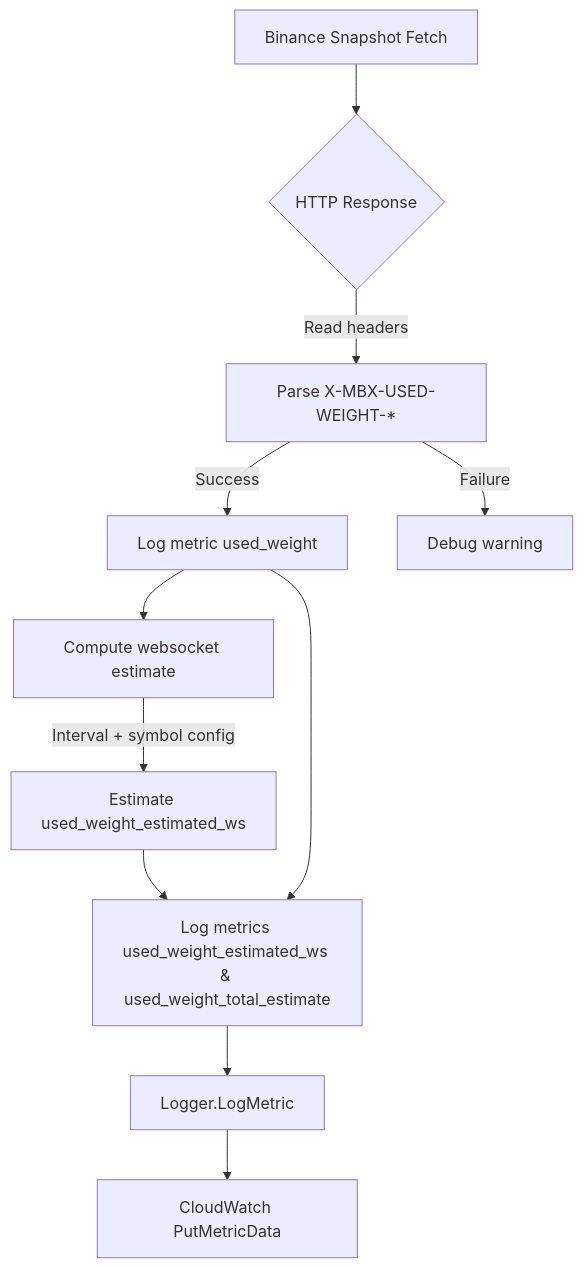
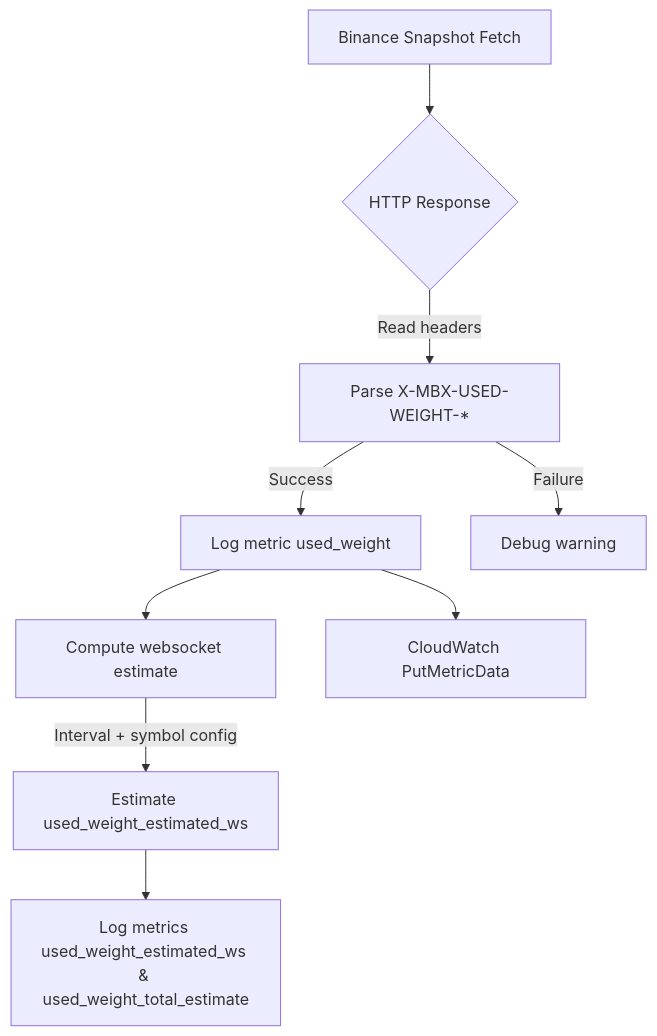
One commit to rahjooh/CryptoTrade changed the diagram in docs/metric/binance/used_weight.md. Above: the diagram before and after it, drawn with Mermaid. The commit also changed 8 other files, not shown here.

````diff
--- a/docs/metric/binance/used_weight.md
+++ b/docs/metric/binance/used_weight.md
@@ -36,13 +36,11 @@
 ```mermaid
 flowchart TD
     A[Binance Snapshot Fetch] --> B{HTTP Response}
     B -->|Read headers| C[Parse X-MBX-USED-WEIGHT-*]
     C -->|Success| D[Log metric used_weight]
     C -->|Failure| E[Debug warning]
     D --> F[Compute websocket estimate]
     F -->|Interval + symbol config| G[Estimate used_weight_estimated_ws]
     G --> H[Log metrics used_weight_estimated_ws & used_weight_total_estimate]
-    D --> H
-    H --> I[Logger.LogMetric]
-    I --> J[CloudWatch PutMetricData]
+    D --> J[CloudWatch PutMetricData]
 ```
````
